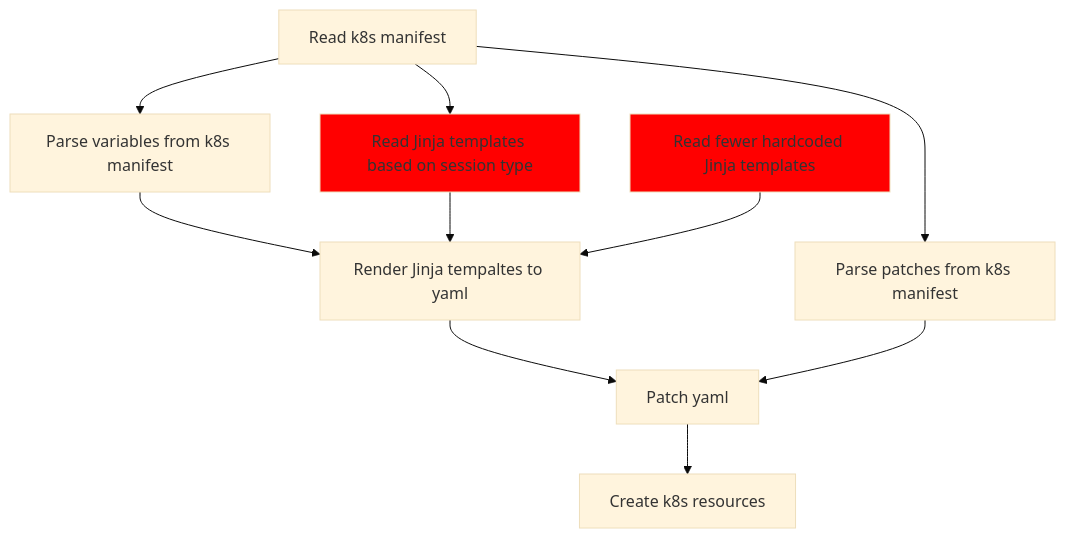
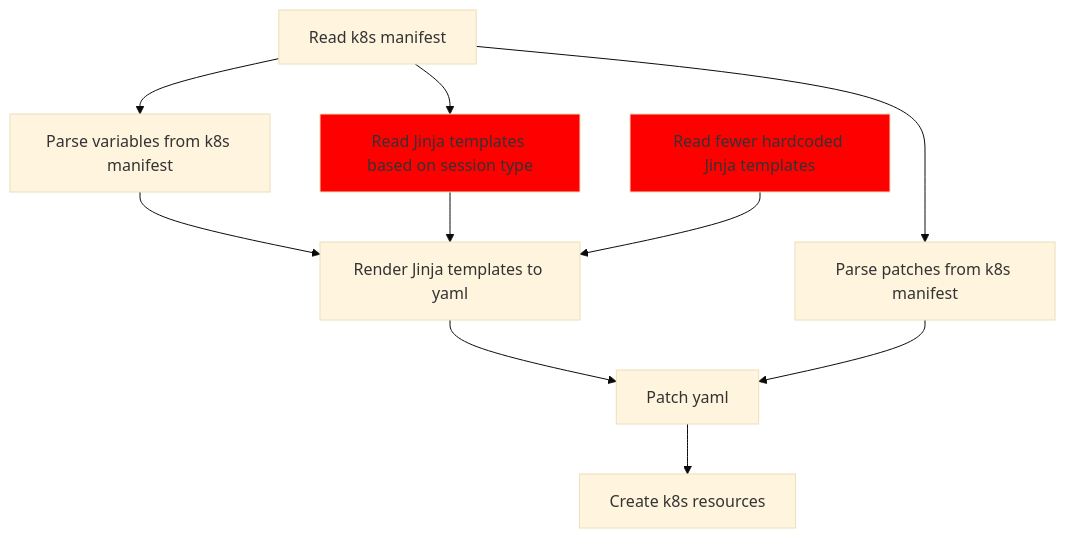
Before and after one commit to SwissDataScienceCenter/renku-design-docs: the second of 2 diagrams in design/004-native-rstudio-sessions/004-native-rstudio-sessions.md, drawn with Mermaid (base theme). The commit also changed other lines of this file, not shown here.

````diff
--- a/design/004-native-rstudio-sessions/004-native-rstudio-sessions.md
+++ b/design/004-native-rstudio-sessions/004-native-rstudio-sessions.md
@@ -67,23 +67,23 @@
 ```mermaid
 graph TD
     style C1 fill:#f00
     style A2 fill:#f00
     A1[Read k8s manifest]
     A2[Read fewer hardcoded Jinja templates]
     B[Parse variables from k8s manifest]
     C[Parse patches from k8s manifest]
     C1[Read Jinja templates based on session type]
-    D[Render Jinja tempaltes to yaml]
+    D[Render Jinja templates to yaml]
     E[Patch yaml] 
     F[Create k8s resources]
     
     A1 --> B
     A1 --> C
     A1 --> C1
     B --> D
     C1 --> D
     A2 --> D
     D --> E
     C --> E
     E --> F
 ```
````
